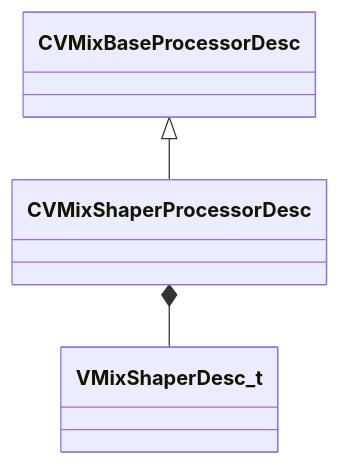
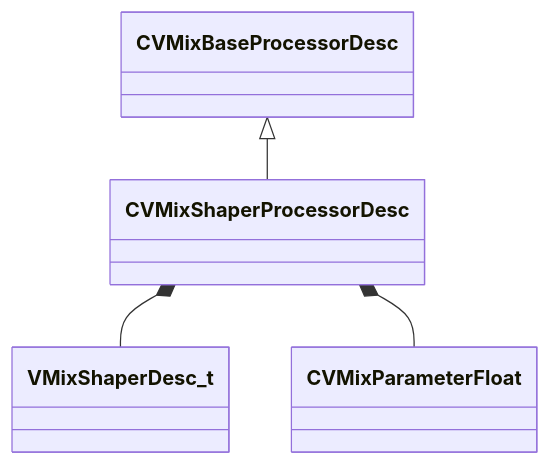
Before and after one commit to CS2OpenDev/CS2OpenDev-Docs: the diagram in docs/generated/schemas/soundsystem_lowlevel/CVMixShaperProcessorDesc.md, drawn with Mermaid. The commit also changed other lines of this file and 4654 other files, not shown here.

Commit message:
docs: regenerate for SchemaTracker build 25947352 [skip ci]

````diff
--- a/docs/generated/schemas/soundsystem_lowlevel/CVMixShaperProcessorDesc.md
+++ b/docs/generated/schemas/soundsystem_lowlevel/CVMixShaperProcessorDesc.md
@@ -19,5 +19,6 @@
 ```mermaid
 classDiagram
     CVMixBaseProcessorDesc <|-- CVMixShaperProcessorDesc
     CVMixShaperProcessorDesc *-- VMixShaperDesc_t
+    CVMixShaperProcessorDesc *-- CVMixParameterFloat
 ```
````
